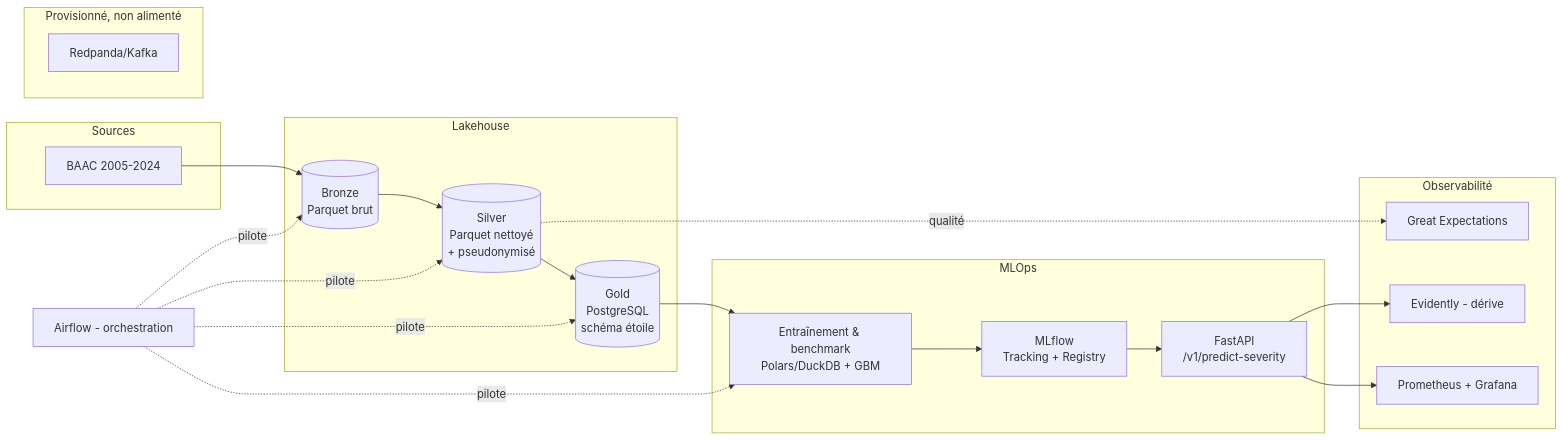
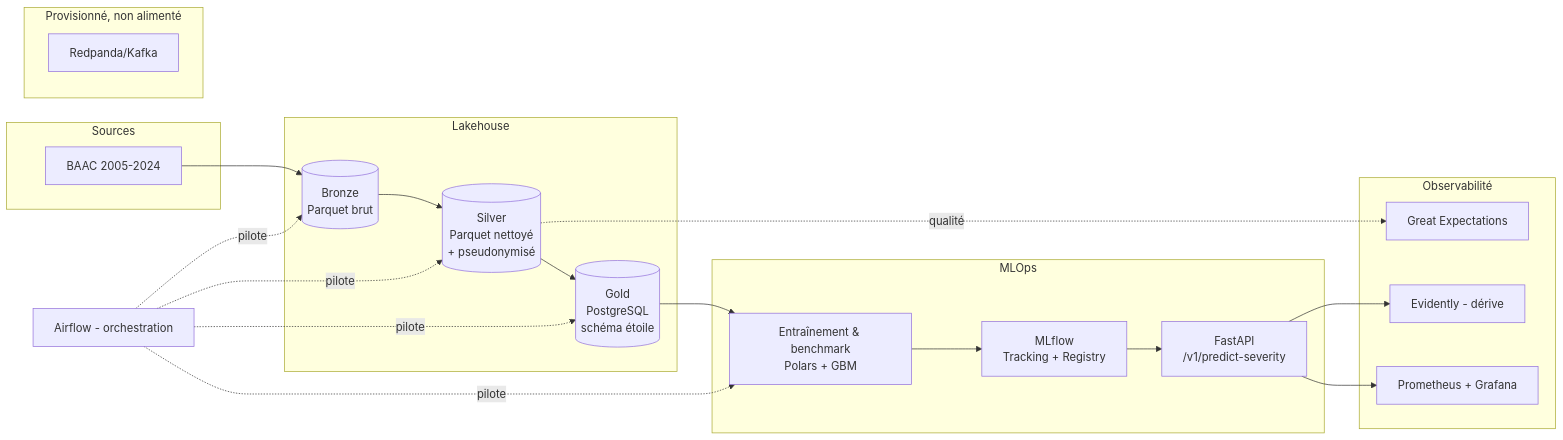
Before and after one commit to VigiRoute/gravia: the first of 4 diagrams in docs/Architecture_GRAVIA.md, drawn with Mermaid. The commit also changed other lines of this file and 7 other files, not shown here.

````diff
--- a/docs/Architecture_GRAVIA.md
+++ b/docs/Architecture_GRAVIA.md
@@ -52,40 +52,40 @@
 ```mermaid
 flowchart LR
     subgraph Sources
         A1[BAAC 2005-2024]
     end
 
     subgraph "Provisionné, non alimenté"
         K[Redpanda/Kafka]
     end
 
     subgraph Lakehouse
         B[(Bronze\nParquet brut)]
         S[(Silver\nParquet nettoyé\n+ pseudonymisé)]
         G[(Gold\nPostgreSQL\nschéma étoile)]
     end
 
     subgraph MLOps
-        M[Entraînement & benchmark\nPolars/DuckDB + GBM]
+        M[Entraînement & benchmark\nPolars + GBM]
         R[MLflow\nTracking + Registry]
         API[FastAPI\n/v1/predict-severity]
     end
 
     subgraph Observabilité
         GE[Great Expectations]
         EV[Evidently - dérive]
         PG[Prometheus + Grafana]
     end
 
     A1 --> B
     B --> S --> G
     S -.qualité.-> GE
     G --> M --> R --> API
     API --> EV
     API --> PG
 
     O[Airflow - orchestration] -.pilote.-> B
     O -.pilote.-> S
     O -.pilote.-> G
     O -.pilote.-> M
 ```
````
